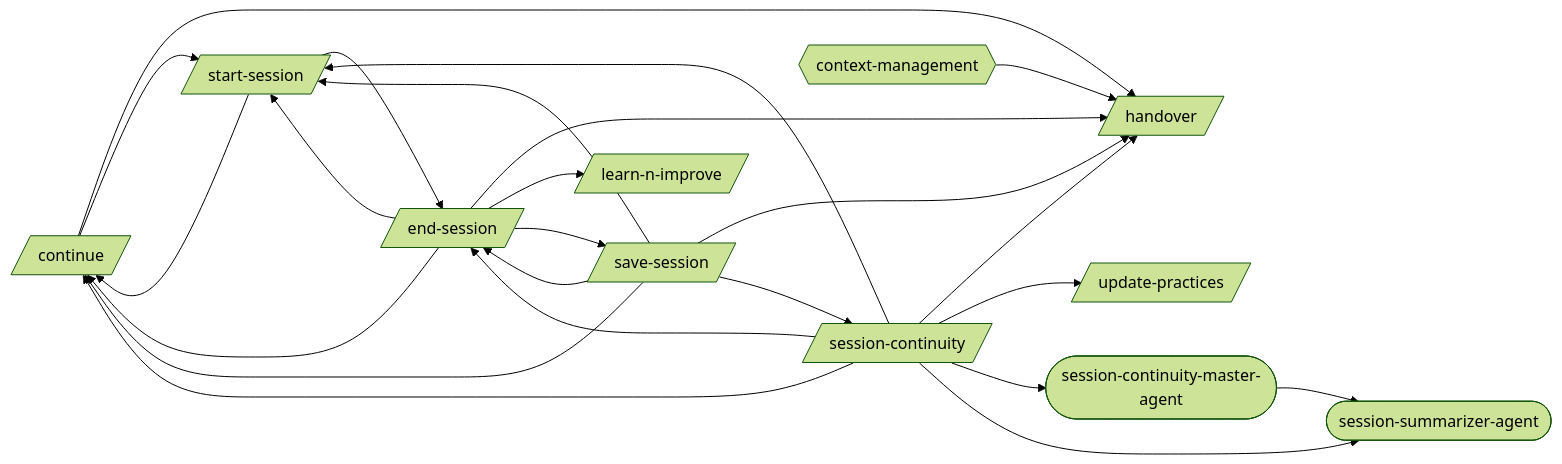
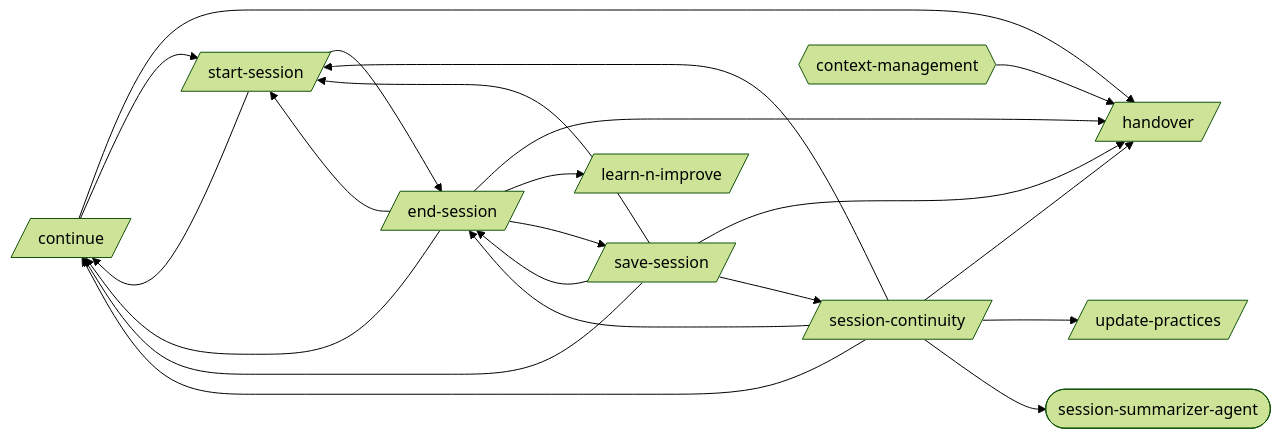
The first of 13 diagrams in docs/workflows/session-continuity.md (abhayla/claude-best-practices), drawn with Mermaid (forest theme) before and after one commit. The commit also changed other lines of this file and 29 other files, not shown here.

````diff
--- a/docs/workflows/session-continuity.md
+++ b/docs/workflows/session-continuity.md
@@ -9,37 +9,34 @@
 ```mermaid
 graph LR
     continue[/continue/]
     end_session[/end-session/]
     handover[/handover/]
     learn_n_improve[/learn-n-improve/]
     save_session[/save-session/]
     session_continuity[/session-continuity/]
     start_session[/start-session/]
     update_practices[/update-practices/]
-    session_continuity_master_agent([session-continuity-master-agent])
     session_summarizer_agent([session-summarizer-agent])
     context_management{{context-management}}
     continue --> handover
     continue --> start_session
     end_session --> continue
     end_session --> handover
     end_session --> learn_n_improve
     end_session --> save_session
     end_session --> start_session
     save_session --> continue
     save_session --> end_session
     save_session --> handover
     save_session --> session_continuity
     save_session --> start_session
     session_continuity --> continue
     session_continuity --> end_session
     session_continuity --> handover
     session_continuity --> start_session
     session_continuity --> update_practices
-    session_continuity --> session_continuity_master_agent
     session_continuity --> session_summarizer_agent
     start_session --> continue
     start_session --> end_session
-    session_continuity_master_agent --> session_summarizer_agent
     context_management --> handover
 ```
````
